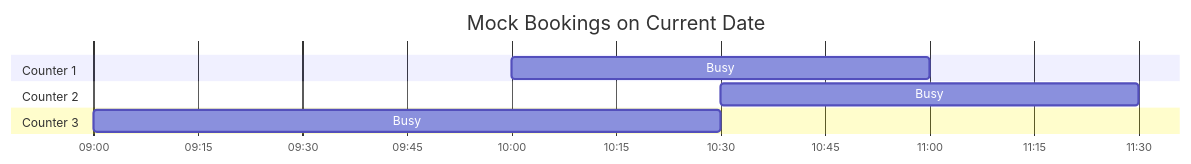
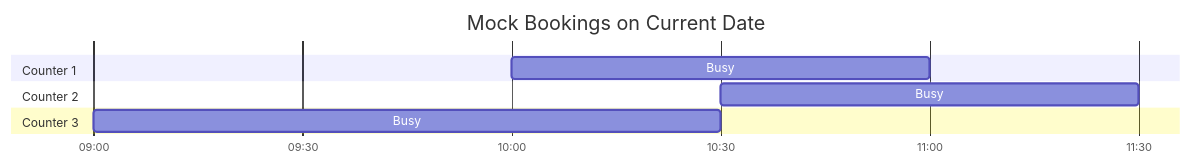
One commit to thisisouvik/OmniBook changed the second of 2 diagrams in README.md. Above: the diagram before and after it, drawn with Mermaid.

Commit message:
update README.md. make the timeline visualisaton correct for mock data

````diff
--- a/README.md
+++ b/README.md
@@ -111,15 +111,16 @@
 ```mermaid
 gantt
 	title Mock Bookings on Current Date
 	dateFormat  YYYY-MM-DD HH:mm
 	axisFormat  %H:%M
+	tickInterval 30minute
 
 	section Counter 1
 	Busy : 2026-03-20 10:00, 60m
 
 	section Counter 2
 	Busy : 2026-03-20 10:30, 60m
 
 	section Counter 3
 	Busy : 2026-03-20 09:00, 90m
 ```
````
